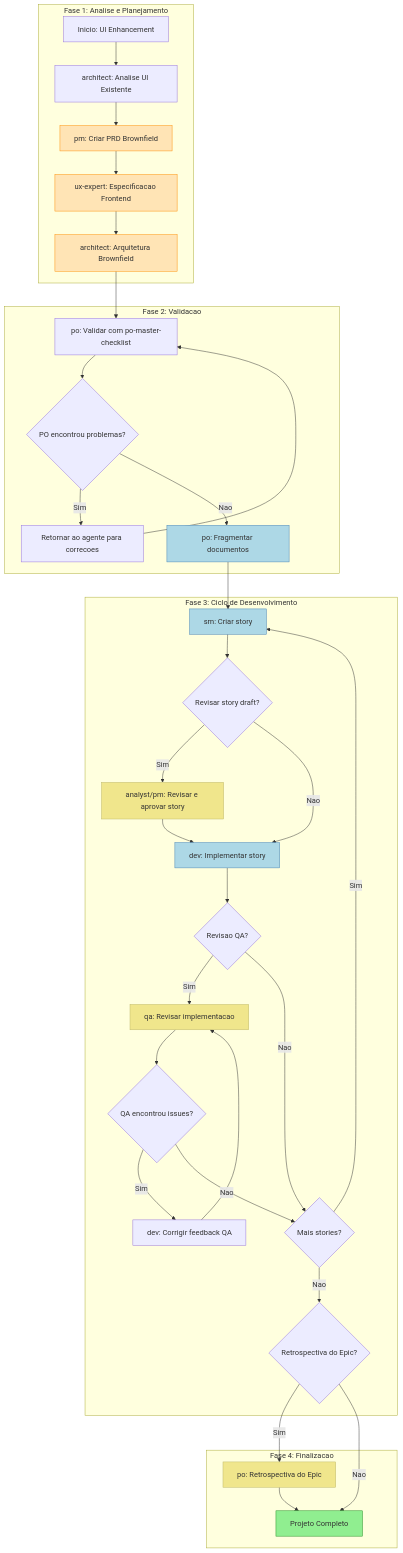
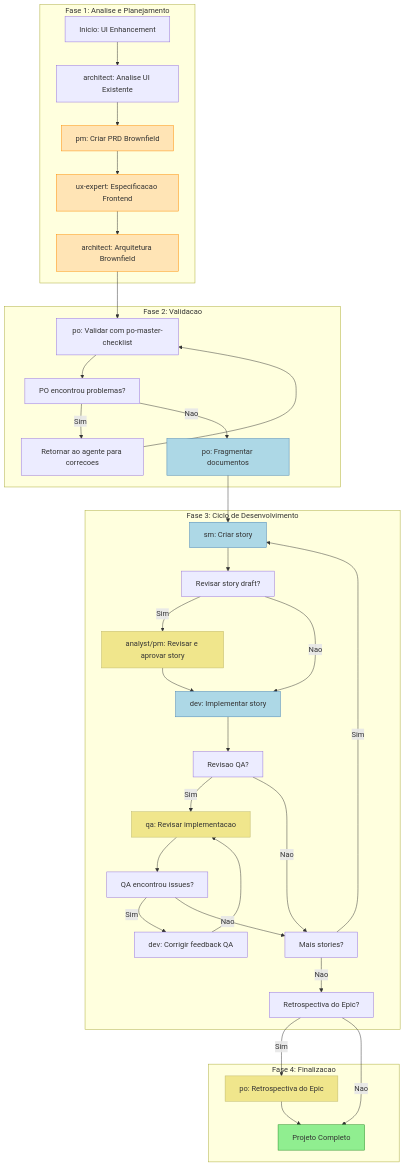
One commit to bychrisr/aios-docs changed the first of 7 diagrams in content/en/docs/guides/workflows/BROWNFIELD-UI-WORKFLOW.mdx. Above: the diagram before and after it, drawn with Mermaid. The commit also changed other lines of this file and 40 other files, not shown here.

````diff
--- a/content/en/docs/guides/workflows/BROWNFIELD-UI-WORKFLOW.mdx
+++ b/content/en/docs/guides/workflows/BROWNFIELD-UI-WORKFLOW.mdx
@@ -53,51 +53,51 @@
 ```mermaid
 graph TD
     subgraph "Fase 1: Analise e Planejamento"
         A[Inicio: UI Enhancement] --> B[architect: Analise UI Existente]
         B --> C[pm: Criar PRD Brownfield]
         C --> D[ux-expert: Especificacao Frontend]
         D --> E[architect: Arquitetura Brownfield]
     end
 
     subgraph "Fase 2: Validacao"
         E --> F[po: Validar com po-master-checklist]
-        F --> G{PO encontrou problemas?}
+        F --> G[PO encontrou problemas?]
         G -->|Sim| H[Retornar ao agente para correcoes]
         H --> F
         G -->|Nao| I[po: Fragmentar documentos]
     end
 
     subgraph "Fase 3: Ciclo de Desenvolvimento"
         I --> J[sm: Criar story]
-        J --> K{Revisar story draft?}
+        J --> K[Revisar story draft?]
         K -->|Sim| L[analyst/pm: Revisar e aprovar story]
         K -->|Nao| M[dev: Implementar story]
         L --> M
-        M --> N{Revisao QA?}
+        M --> N[Revisao QA?]
         N -->|Sim| O[qa: Revisar implementacao]
-        N -->|Nao| P{Mais stories?}
-        O --> Q{QA encontrou issues?}
+        N -->|Nao| P[Mais stories?]
+        O --> Q[QA encontrou issues?]
         Q -->|Sim| R[dev: Corrigir feedback QA]
         Q -->|Nao| P
         R --> O
         P -->|Sim| J
-        P -->|Nao| S{Retrospectiva do Epic?}
+        P -->|Nao| S[Retrospectiva do Epic?]
     end
 
     subgraph "Fase 4: Finalizacao"
         S -->|Sim| T[po: Retrospectiva do Epic]
         S -->|Nao| U[Projeto Completo]
         T --> U
     end
 
     style U fill:#90EE90,stroke:#228B22
     style I fill:#ADD8E6,stroke:#4682B4
     style J fill:#ADD8E6,stroke:#4682B4
     style M fill:#ADD8E6,stroke:#4682B4
     style C fill:#FFE4B5,stroke:#FF8C00
     style D fill:#FFE4B5,stroke:#FF8C00
     style E fill:#FFE4B5,stroke:#FF8C00
     style L fill:#F0E68C,stroke:#BDB76B
     style O fill:#F0E68C,stroke:#BDB76B
     style T fill:#F0E68C,stroke:#BDB76B
 ```
````
